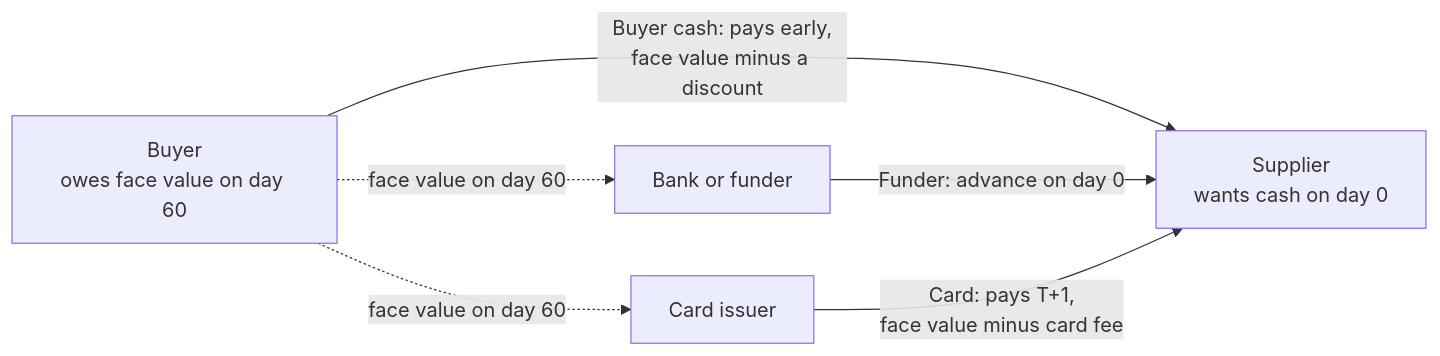
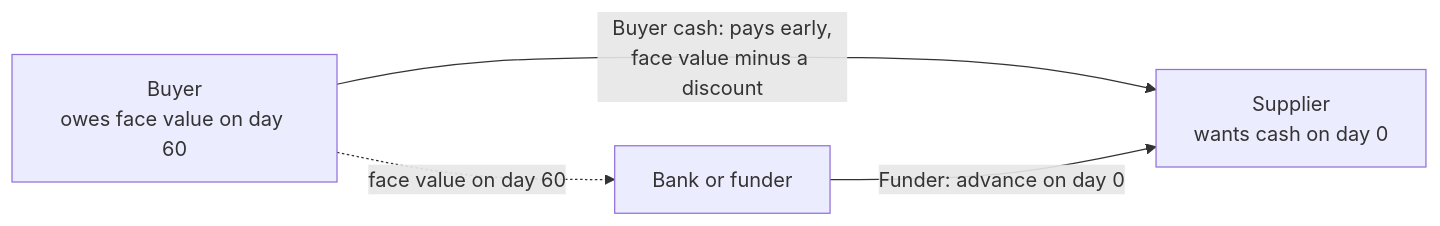
Before and after one commit to 4rnaudD/hackathon: the first of 3 diagrams in README.md, drawn with Mermaid. The commit also changed other lines of this file and 8 other files, not shown here.

First line of the commit message:
Remove the card issuer as a funding route

````diff
--- a/README.md
+++ b/README.md
@@ -33,13 +33,10 @@
 ```mermaid
 flowchart LR
     B["Buyer<br/>owes face value on day 60"]
     S["Supplier<br/>wants cash on day 0"]
     F["Bank or funder"]
-    C["Card issuer"]
 
     B -->|"Buyer cash: pays early,<br/>face value minus a discount"| S
     F -->|"Funder: advance on day 0"| S
-    C -->|"Card: pays T+1,<br/>face value minus card fee"| S
     B -.->|"face value on day 60"| F
-    B -.->|"face value on day 60"| C
 ```
````
